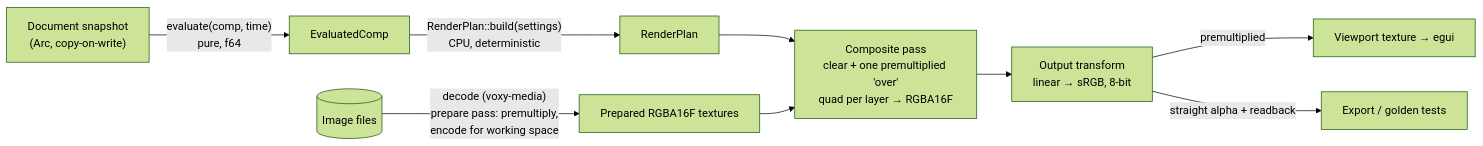
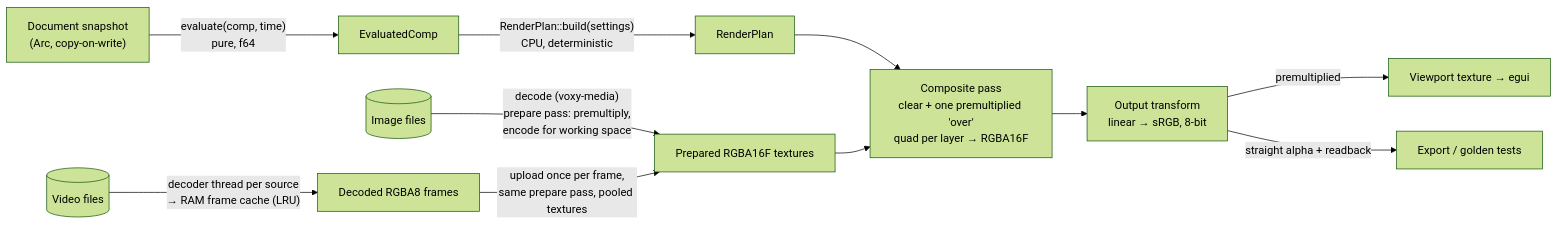
Before and after one commit to voxzymi/voXY: the second of 2 diagrams in README.md, drawn with Mermaid (forest theme). The commit also changed other lines of this file and 29 other files, not shown here.

````diff
--- a/README.md
+++ b/README.md
@@ -220,11 +244,13 @@
 ```mermaid
 flowchart LR
   doc["Document snapshot<br/>(Arc, copy-on-write)"] -->|"evaluate(comp, time)<br/>pure, f64"| eval[EvaluatedComp]
   eval -->|"RenderPlan::build(settings)<br/>CPU, deterministic"| plan[RenderPlan]
   img[(Image files)] -->|"decode (voxy-media)<br/>prepare pass: premultiply,<br/>encode for working space"| tex[Prepared RGBA16F textures]
+  vid[(Video files)] -->|"decoder thread per source<br/>→ RAM frame cache (LRU)"| cache[Decoded RGBA8 frames]
+  cache -->|"upload once per frame,<br/>same prepare pass, pooled textures"| tex
   plan --> comp["Composite pass<br/>clear + one premultiplied 'over'<br/>quad per layer → RGBA16F"]
   tex --> comp
   comp --> out["Output transform<br/>linear → sRGB, 8-bit"]
   out -->|premultiplied| view[Viewport texture → egui]
   out -->|"straight alpha + readback"| exp[Export / golden tests]
 ```
````
